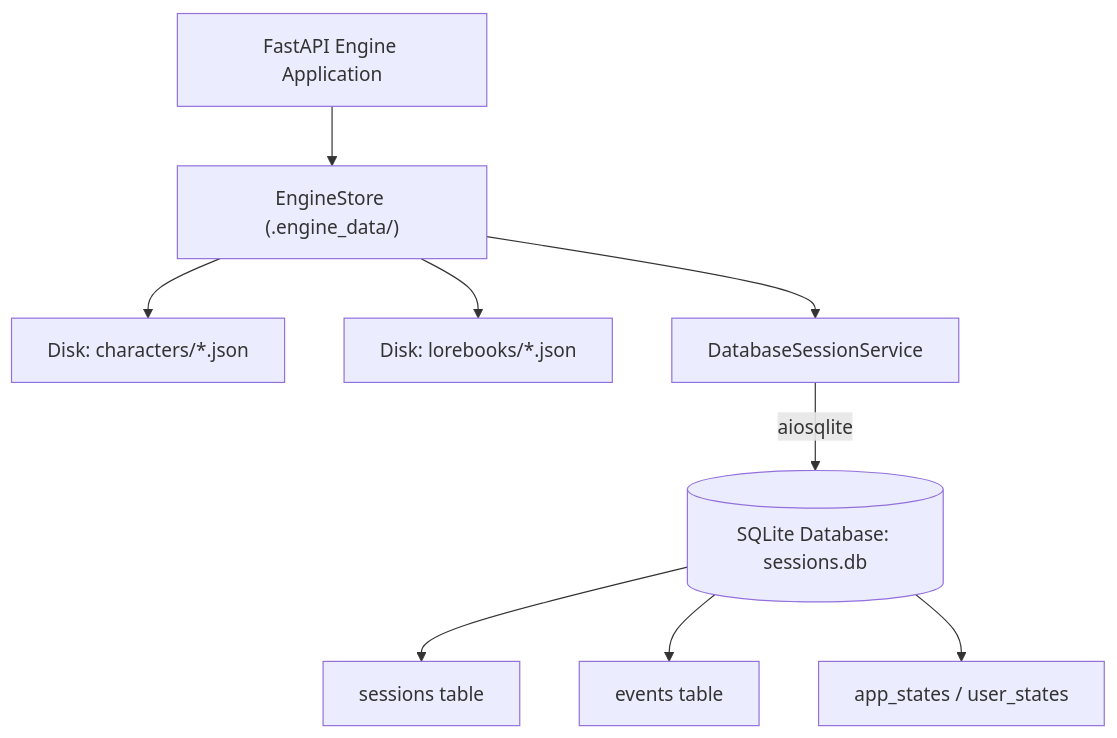
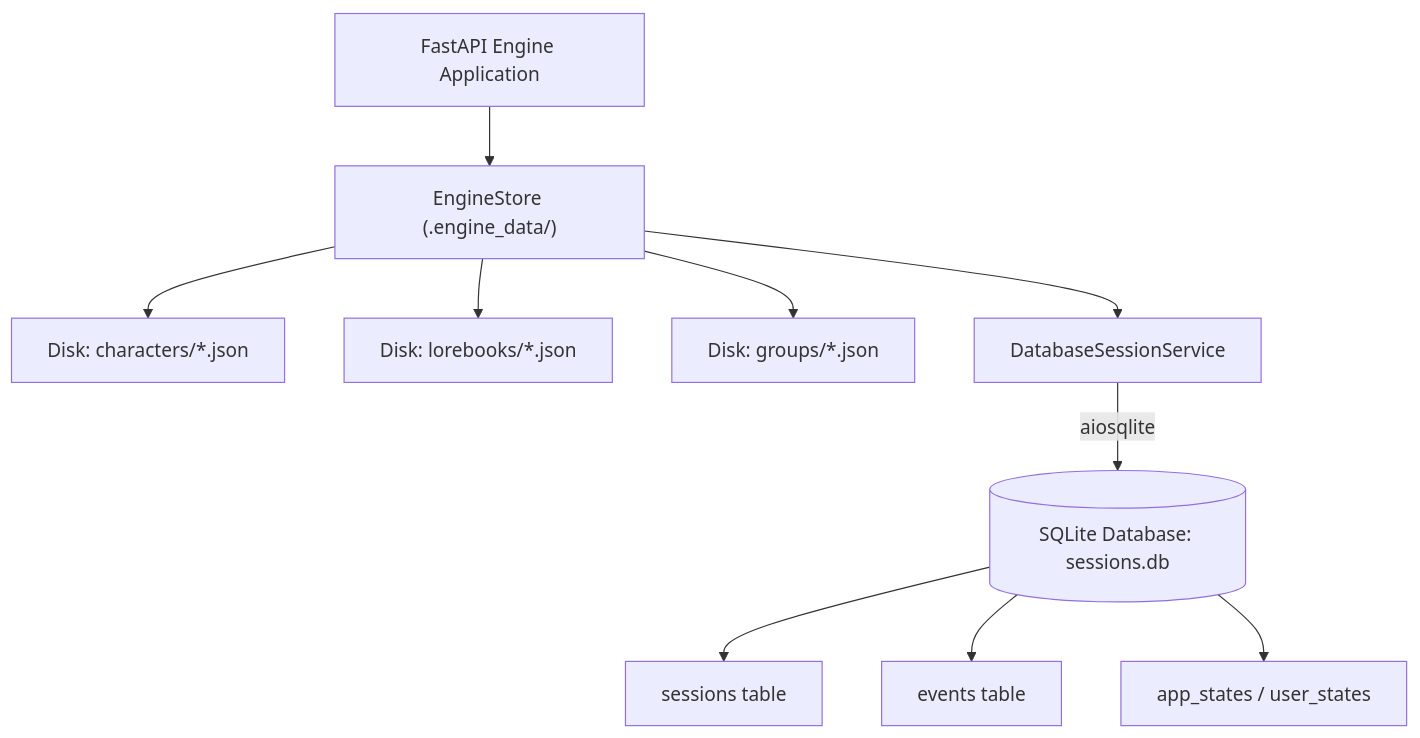
One commit to tangcc35/slm-vlm-post-training changed the first of 2 diagrams in .agents/skills/story-rp-backend/references/database-session-storage.md. Above: the diagram before and after it, drawn with Mermaid. The commit also changed other lines of this file and 9 other files, not shown here.

````diff
--- a/.agents/skills/story-rp-backend/references/database-session-storage.md
+++ b/.agents/skills/story-rp-backend/references/database-session-storage.md
@@ -13,11 +13,12 @@
 ```mermaid
 graph TD
     App["FastAPI Engine Application"] --> Store["EngineStore (.engine_data/)"]
     Store --> DiskCards["Disk: characters/*.json"]
     Store --> DiskLore["Disk: lorebooks/*.json"]
+    Store --> DiskGroups["Disk: groups/*.json"]
     Store --> DSS["DatabaseSessionService"]
     DSS -->|aiosqlite| DB[("SQLite Database: sessions.db")]
     DB --> TabSessions["sessions table"]
     DB --> TabEvents["events table"]
     DB --> TabState["app_states / user_states"]
 ```
````
